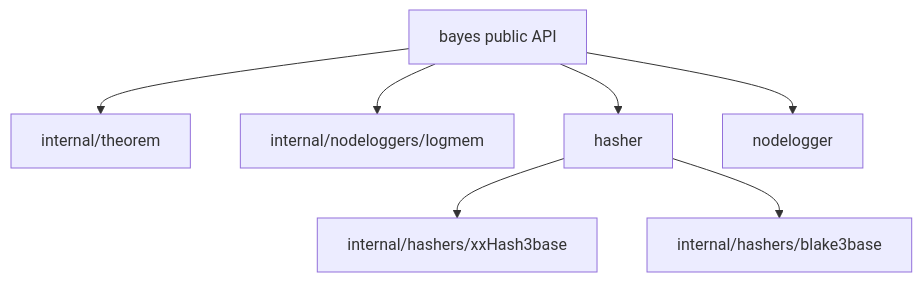
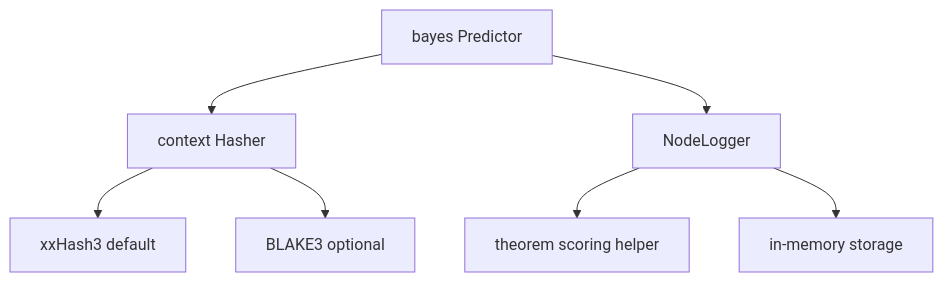
Before and after one commit to KEINOS/go-bayes: the diagram in README.md, drawn with Mermaid. The commit also changed other lines of this file and 14 other files, not shown here.

````diff
--- a/README.md
+++ b/README.md
@@ -113,9 +162,9 @@
 ```mermaid
 flowchart TD
-        A[bayes public API] --> B[internal/theorem]
-    A --> C[internal/nodeloggers/logmem]
-    A --> D[hasher]
-        D --> E[internal/hashers/xxHash3base]
-        D --> G[internal/hashers/blake3base]
-    A --> F[nodelogger]
+    A[bayes Predictor] --> B[context Hasher]
+    A --> C[NodeLogger]
+    C --> D[theorem scoring helper]
+    B --> E[xxHash3 default]
+    B --> F[BLAKE3 optional]
+    C --> G[in-memory storage]
 ```
````
